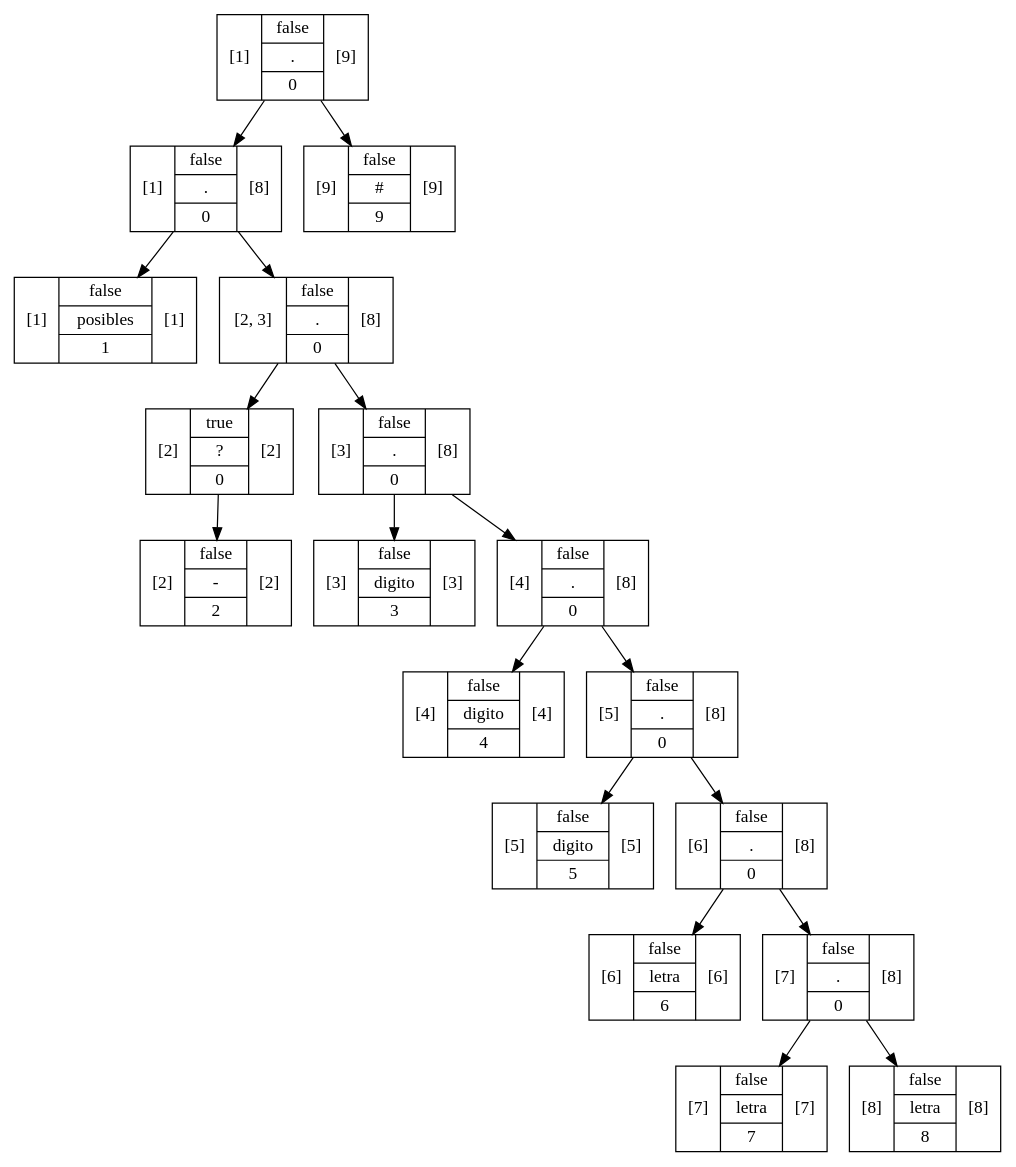
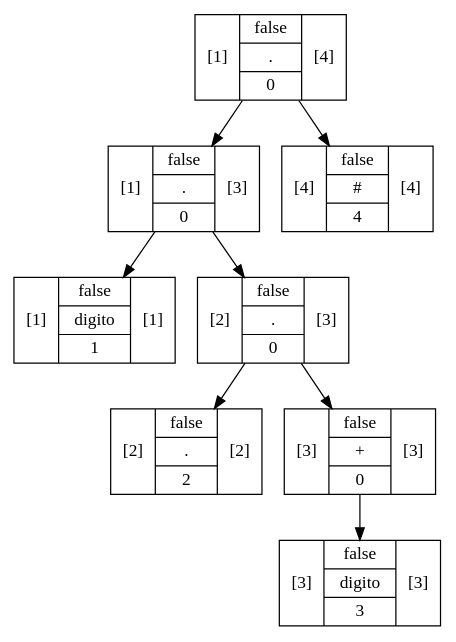
The diagram in out/production/Proyecto1/Graphviz/Arbol16.dot (RojasCJP/Proyecto1_Compi1), drawn with Graphviz before and after one commit. The commit also changed 616 other files, not shown here.

```diff
--- a/out/production/Proyecto1/Graphviz/Arbol16.dot
+++ b/out/production/Proyecto1/Graphviz/Arbol16.dot
@@ -1,37 +1,17 @@
 digraph structs {
-    node [shape=record];ArbolNodoMetodo1de61d30[label="[1]|{false|{posibles}|1}|[1]"];
-ArbolNodoMetodoea6b71a[label="[2]|{false|{-}|2}|[2]"];
-ArbolNodoMetodo5d9ea0c2[label="[2]|{true|{?}|0}|[2]"];
-ArbolNodoMetodo5d9ea0c2 -> ArbolNodoMetodoea6b71a;
-ArbolNodoMetodo15723f76[label="[3]|{false|{digito}|3}|[3]"];
-ArbolNodoMetodo3850af75[label="[4]|{false|{digito}|4}|[4]"];
-ArbolNodoMetodo375d102[label="[5]|{false|{digito}|5}|[5]"];
-ArbolNodoMetodo2bc5f91e[label="[6]|{false|{letra}|6}|[6]"];
-ArbolNodoMetodo2fc8fa9f[label="[7]|{false|{letra}|7}|[7]"];
-ArbolNodoMetodo125ec314[label="[8]|{false|{letra}|8}|[8]"];
-ArbolNodoMetodo3f0efd9c[label="[7]|{false|{.}|0}|[8]"];
-ArbolNodoMetodo3f0efd9c -> ArbolNodoMetodo2fc8fa9f;
-ArbolNodoMetodo3f0efd9c -> ArbolNodoMetodo125ec314;
-ArbolNodoMetodo3b07ee6a[label="[6]|{false|{.}|0}|[8]"];
-ArbolNodoMetodo3b07ee6a -> ArbolNodoMetodo2bc5f91e;
-ArbolNodoMetodo3b07ee6a -> ArbolNodoMetodo3f0efd9c;
-ArbolNodoMetodo53f3e797[label="[5]|{false|{.}|0}|[8]"];
-ArbolNodoMetodo53f3e797 -> ArbolNodoMetodo375d102;
-ArbolNodoMetodo53f3e797 -> ArbolNodoMetodo3b07ee6a;
-ArbolNodoMetodo3751c89e[label="[4]|{false|{.}|0}|[8]"];
-ArbolNodoMetodo3751c89e -> ArbolNodoMetodo3850af75;
-ArbolNodoMetodo3751c89e -> ArbolNodoMetodo53f3e797;
-ArbolNodoMetodo7f7b21f5[label="[3]|{false|{.}|0}|[8]"];
-ArbolNodoMetodo7f7b21f5 -> ArbolNodoMetodo15723f76;
-ArbolNodoMetodo7f7b21f5 -> ArbolNodoMetodo3751c89e;
-ArbolNodoMetodo7b8be4ce[label="[2, 3]|{false|{.}|0}|[8]"];
-ArbolNodoMetodo7b8be4ce -> ArbolNodoMetodo5d9ea0c2;
-ArbolNodoMetodo7b8be4ce -> ArbolNodoMetodo7f7b21f5;
-ArbolNodoMetodo37886b77[label="[1]|{false|{.}|0}|[8]"];
-ArbolNodoMetodo37886b77 -> ArbolNodoMetodo1de61d30;
-ArbolNodoMetodo37886b77 -> ArbolNodoMetodo7b8be4ce;
-ArbolNodoMetodoea44020[label="[9]|{false|{#}|9}|[9]"];
-ArbolNodoMetodo2876bc88[label="[1]|{false|{.}|0}|[9]"];
-ArbolNodoMetodo2876bc88 -> ArbolNodoMetodo37886b77;
-ArbolNodoMetodo2876bc88 -> ArbolNodoMetodoea44020;
+    node [shape=record];ArbolNodoMetodo308457ab[label="[1]|{false|{digito}|1}|[1]"];
+ArbolNodoMetodo5c99d4a9[label="[2]|{false|{.}|2}|[2]"];
+ArbolNodoMetodo603e50bf[label="[3]|{false|{digito}|3}|[3]"];
+ArbolNodoMetodo1972e940[label="[3]|{false|{+}|0}|[3]"];
+ArbolNodoMetodo1972e940 -> ArbolNodoMetodo603e50bf;
+ArbolNodoMetodobd9dcca[label="[2]|{false|{.}|0}|[3]"];
+ArbolNodoMetodobd9dcca -> ArbolNodoMetodo5c99d4a9;
+ArbolNodoMetodobd9dcca -> ArbolNodoMetodo1972e940;
+ArbolNodoMetodo19776d84[label="[1]|{false|{.}|0}|[3]"];
+ArbolNodoMetodo19776d84 -> ArbolNodoMetodo308457ab;
+ArbolNodoMetodo19776d84 -> ArbolNodoMetodobd9dcca;
+ArbolNodoMetodob5e7dbd[label="[4]|{false|{#}|4}|[4]"];
+ArbolNodoMetodo5e8bd7f[label="[1]|{false|{.}|0}|[4]"];
+ArbolNodoMetodo5e8bd7f -> ArbolNodoMetodo19776d84;
+ArbolNodoMetodo5e8bd7f -> ArbolNodoMetodob5e7dbd;
 }
```
